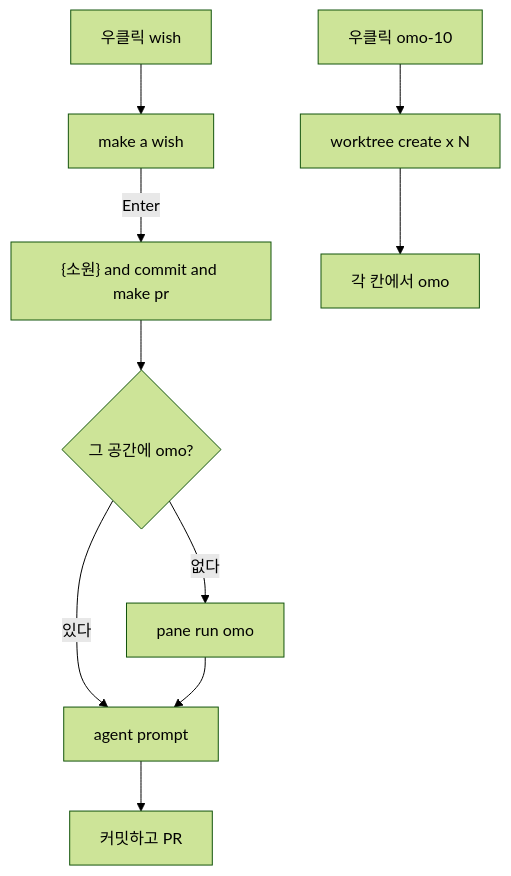
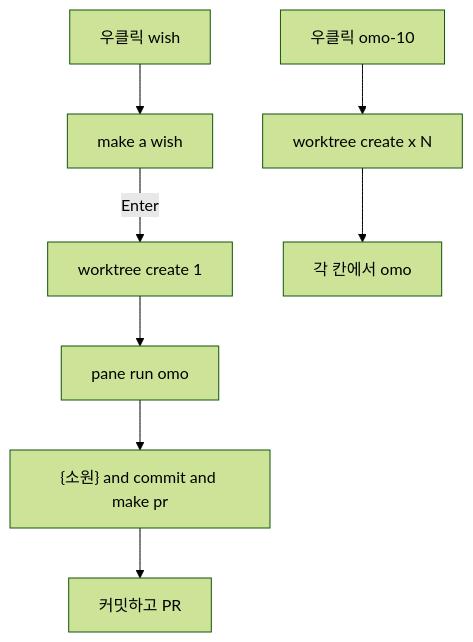
One commit to MovieHolic-Plex/herdr-wish changed the diagram in README.md. Above: the diagram before and after it, drawn with Mermaid (forest theme). The commit also changed other lines of this file and 3 other files, not shown here.

````diff
--- a/README.md
+++ b/README.md
@@ -181,13 +181,11 @@
 ```mermaid
 flowchart TD
   A[우클릭 wish] --> B[make a wish]
-  B -->|Enter| C["{소원} and commit and make pr"]
-  C --> D{그 공간에 omo?}
-  D -->|있다| E[agent prompt]
-  D -->|없다| F[pane run omo]
-  F --> E
-  E --> G[커밋하고 PR]
+  B -->|Enter| C[worktree create 1]
+  C --> D[pane run omo]
+  D --> E["{소원} and commit and make pr"]
+  E --> F[커밋하고 PR]
 
   H[우클릭 omo-10] --> I[worktree create x N]
   I --> J[각 칸에서 omo]
 ```
````
